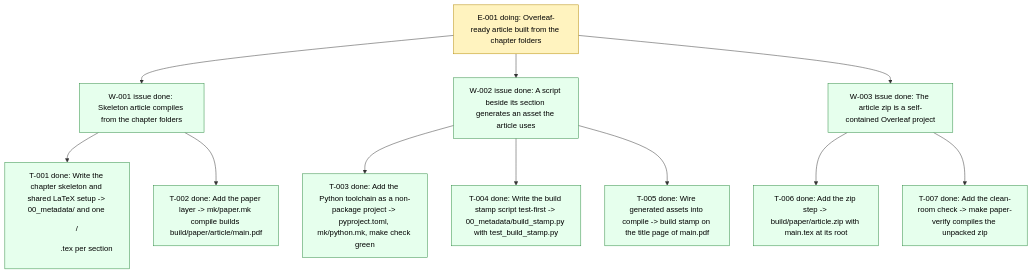
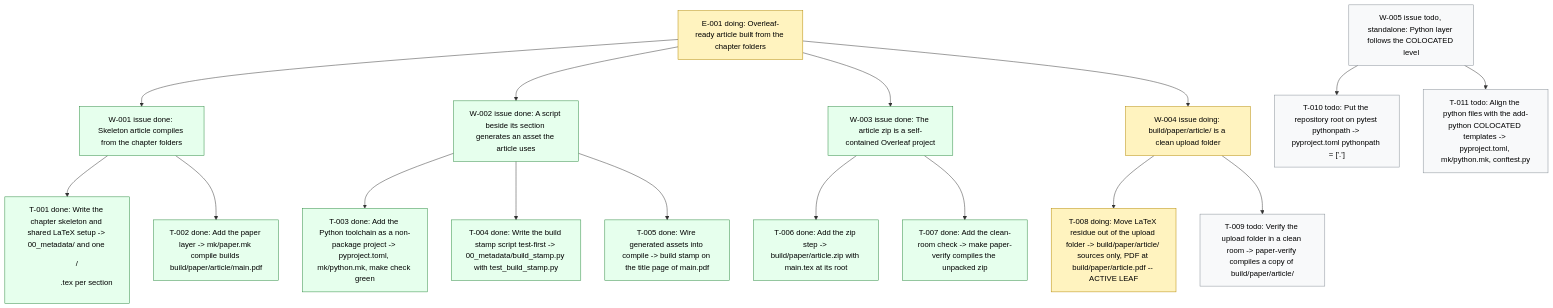
The diagram in .board/BOARD.md (dpopchev/surrogate-models), drawn with Mermaid before and after one commit. The commit also changed other lines of this file and 9 other files, not shown here.

First line of the commit message:
feat: keep LaTeX residue out of the upload folder

````diff
--- a/.board/BOARD.md
+++ b/.board/BOARD.md
@@ -26,21 +36,28 @@
 ```mermaid
 flowchart TD
   E001["E-001 doing: Overleaf-ready article built from the chapter folders"]
   E001 --> W001["W-001 issue done: Skeleton article compiles from the chapter folders"]
   W001 --> T001["T-001 done: Write the chapter skeleton and shared LaTeX setup -> 00_metadata/ and one <dir>/<dir>.tex per section"]
   W001 --> T002["T-002 done: Add the paper layer -> mk/paper.mk compile builds build/paper/article/main.pdf"]
   E001 --> W002["W-002 issue done: A script beside its section generates an asset the article uses"]
   W002 --> T003["T-003 done: Add the Python toolchain as a non-package project -> pyproject.toml, mk/python.mk, make check green"]
   W002 --> T004["T-004 done: Write the build stamp script test-first -> 00_metadata/build_stamp.py with test_build_stamp.py"]
   W002 --> T005["T-005 done: Wire generated assets into compile -> build stamp on the title page of main.pdf"]
   E001 --> W003["W-003 issue done: The article zip is a self-contained Overleaf project"]
   W003 --> T006["T-006 done: Add the zip step -> build/paper/article.zip with main.tex at its root"]
   W003 --> T007["T-007 done: Add the clean-room check -> make paper-verify compiles the unpacked zip"]
+  E001 --> W004["W-004 issue doing: build/paper/article/ is a clean upload folder"]
+  W004 --> T008["T-008 doing: Move LaTeX residue out of the upload folder -> build/paper/article/ sources only, PDF at build/paper/article.pdf -- ACTIVE LEAF"]
+  W004 --> T009["T-009 todo: Verify the upload folder in a clean room -> paper-verify compiles a copy of build/paper/article/"]
+  W005["W-005 issue todo, standalone: Python layer follows the COLOCATED level"]
+  W005 --> T010["T-010 todo: Put the repository root on pytest pythonpath -> pyproject.toml pythonpath = ['.']"]
+  W005 --> T011["T-011 todo: Align the python files with the add-python COLOCATED templates -> pyproject.toml, mk/python.mk, conftest.py"]
   classDef doing fill:#fff3bf,stroke:#b58900,color:#000;
   classDef blocked fill:#ffe3e3,stroke:#c92a2a,color:#000;
   classDef done fill:#e6ffed,stroke:#2b8a3e,color:#000;
   classDef todo fill:#f8f9fa,stroke:#868e96,color:#000;
   classDef pruned fill:#f1f3f5,stroke:#adb5bd,color:#000;
-  class E001 doing
+  class E001,W004,T008 doing
   class W001,T001,T002,W002,T003,T004,T005,W003,T006,T007 done
+  class T009,W005,T010,T011 todo
 ```
````
